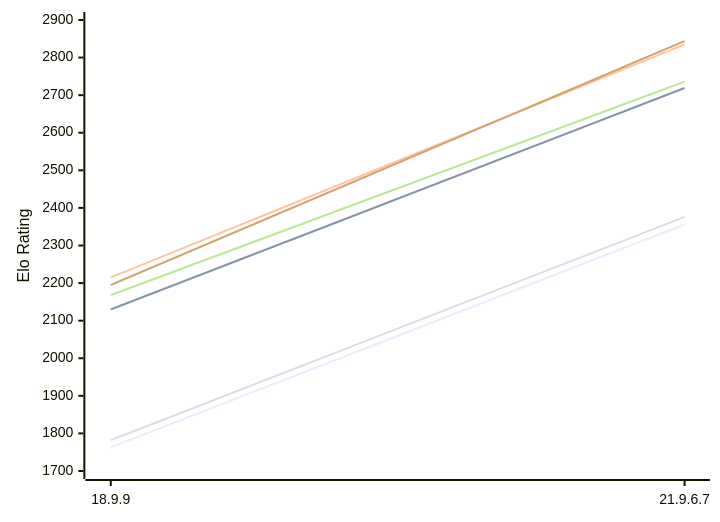
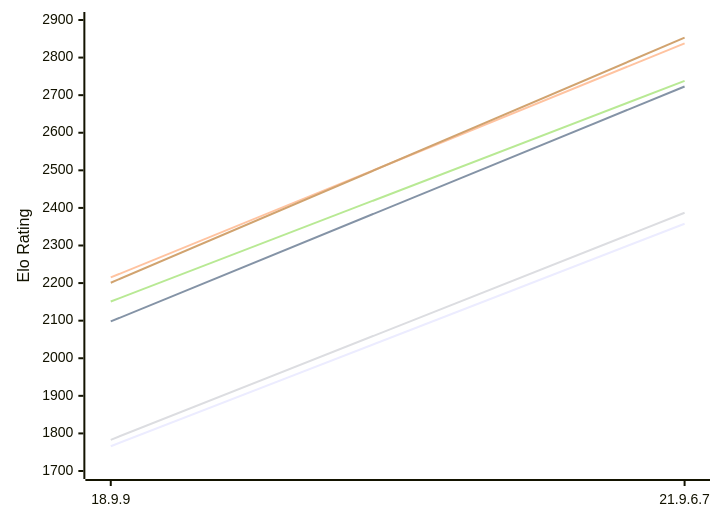
The diagram in engines/RuthIron.md (computer-chess-index/cci), drawn with Mermaid before and after one commit. The commit also changed other lines of this file, not shown here.

Commit message:
Update CCI Ratings (ELO VLTC) - 2026-11-25

````diff
--- a/engines/RuthIron.md
+++ b/engines/RuthIron.md
@@ -49,12 +49,12 @@
 ```mermaid
 %%{init: {"theme":"base","themeVariables":{"seriesColors:['#a3a3a3','#222221','#faa371']}}}%%
 xychart-beta
   x-axis ["18.9.9", "21.9.6.7"]
   y-axis "Elo Rating" 1700 --> 2900
-  line "E1: STC (8.0+0.08s)" [1763, 2356]
-  line "E1: LTC (60.0+0.60s)" [2130, 2719]
-  line "E1: VLTC (2m24s+1.12s)" [2215, 2835]
-  line "P1: STC (8.0+0.08s)" [1782, 2376]
-  line "P1: LTC (60.0+0.60s)" [2168, 2736]
-  line "P1: VLTC (2m24s+1.12s)" [2195, 2844]
+  line "E1: STC (8.0+0.08s)" [1766, 2358]
+  line "E1: LTC (60.0+0.60s)" [2098, 2723]
+  line "E1: VLTC (2m24s+1.12s)" [2215, 2838]
+  line "P1: STC (8.0+0.08s)" [1783, 2387]
+  line "P1: LTC (60.0+0.60s)" [2151, 2738]
+  line "P1: VLTC (2m24s+1.12s)" [2201, 2853]
 ```
````
